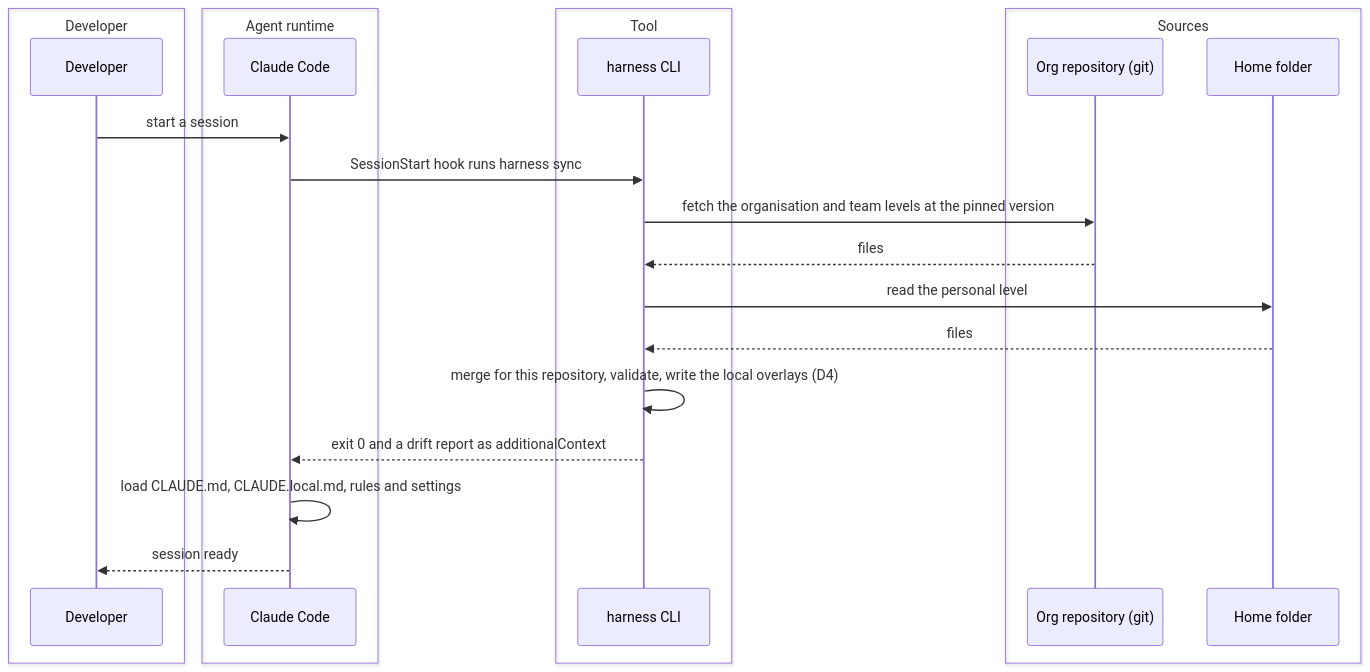
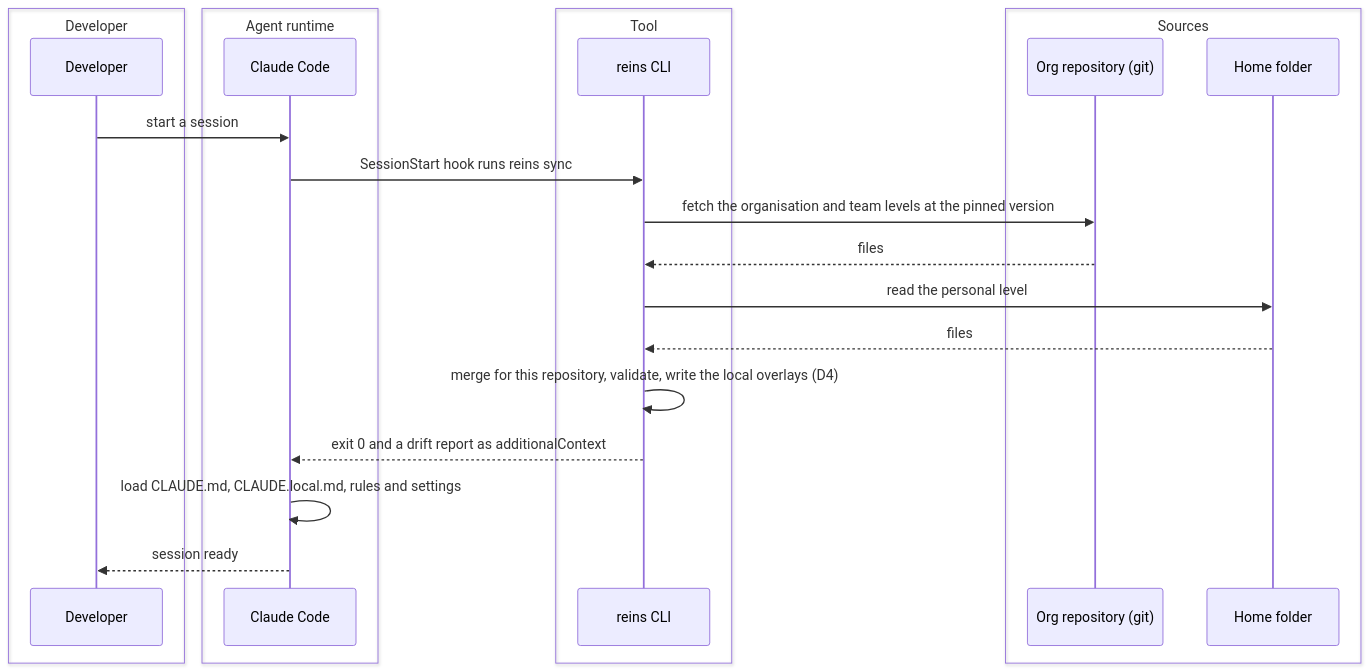
The third of 4 diagrams in docs/implementation_plans/2026-10-11_harness-distribution-tool.md (Danidani23/agents-rein), drawn with Mermaid before and after one commit. The commit also changed other lines of this file, not shown here.

First line of the commit message:
docs(plans): board and design for reins, the harness distribution tool

````diff
--- a/docs/implementation_plans/2026-10-11_harness-distribution-tool.md
+++ b/docs/implementation_plans/2026-10-11_harness-distribution-tool.md
@@ -238,26 +310,26 @@
 ```mermaid
 sequenceDiagram
     box Developer
         participant D as Developer
     end
     box Agent runtime
         participant CC as Claude Code
     end
     box Tool
-        participant HS as harness CLI
+        participant HS as reins CLI
     end
     box Sources
         participant SR as Org repository (git)
         participant HF as Home folder
     end
     D->>CC: start a session
-    CC->>HS: SessionStart hook runs harness sync
+    CC->>HS: SessionStart hook runs reins sync
     HS->>SR: fetch the organisation and team levels at the pinned version
     SR-->>HS: files
     HS->>HF: read the personal level
     HF-->>HS: files
     HS->>HS: merge for this repository, validate, write the local overlays (D4)
     HS-->>CC: exit 0 and a drift report as additionalContext
     CC->>CC: load CLAUDE.md, CLAUDE.local.md, rules and settings
     CC-->>D: session ready
 ```
````
